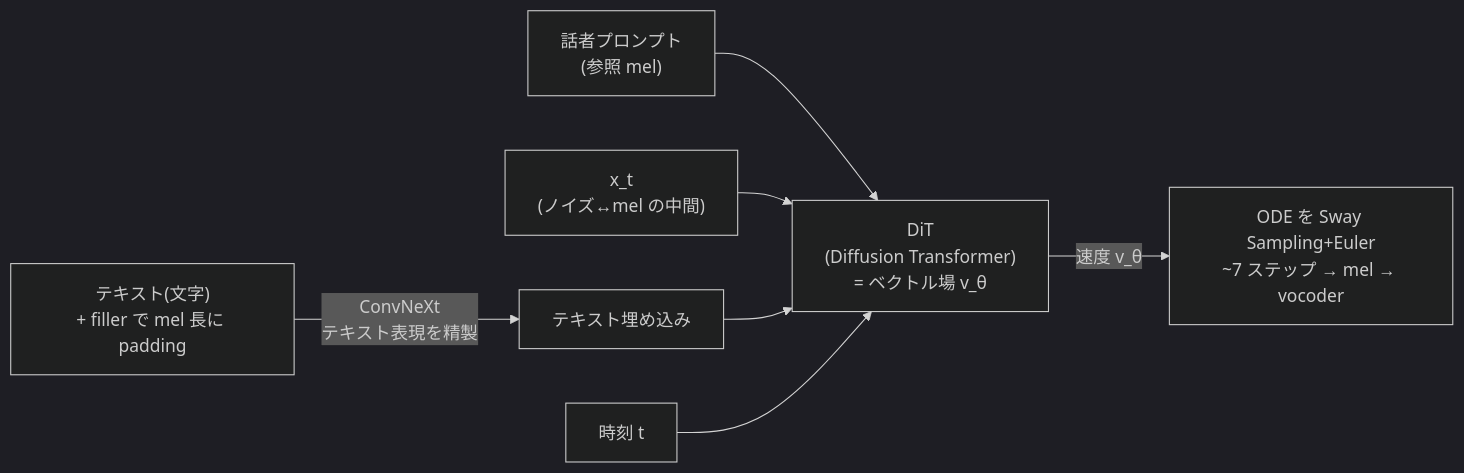
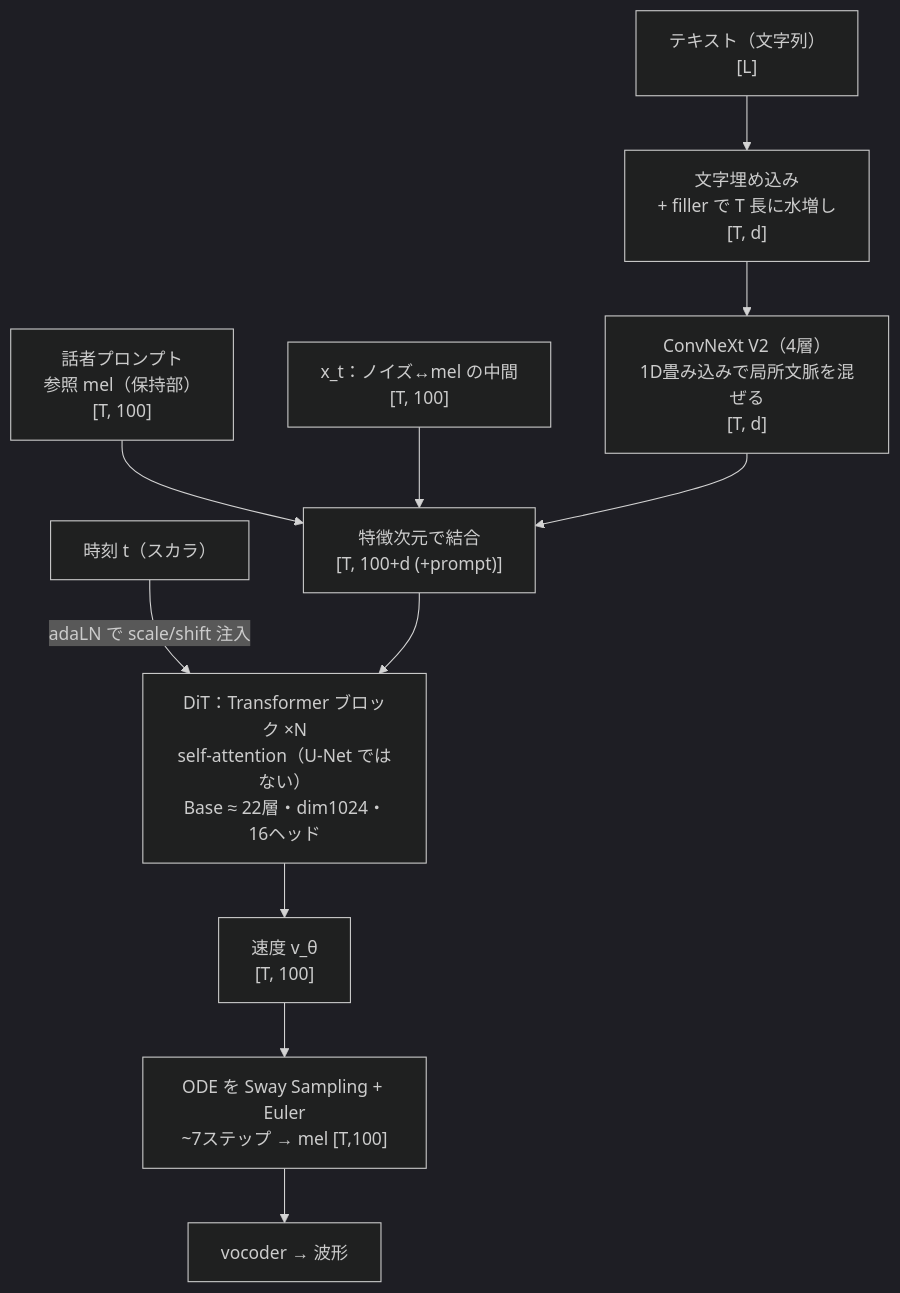
One commit to ksterx/textbook changed the second of 2 diagrams in src/pages/audio/07-flow-matching-tts.md. Above: the diagram before and after it, drawn with Mermaid (dark theme). The commit also changed other lines of this file and 1 other file, not shown here.

First line of the commit message:
feat(audio/07): F5-TTS の細部を厚くする（DiT/シェイプ/ConvNeXt/Sway）

````diff
--- a/src/pages/audio/07-flow-matching-tts.md
+++ b/src/pages/audio/07-flow-matching-tts.md
@@ -246,9 +246,13 @@
 ```mermaid
-flowchart LR
-  T["テキスト(文字)<br/>+ filler で mel 長に padding"] -->|"ConvNeXt<br/>テキスト表現を精製"| TE["テキスト埋め込み"]
-  P["話者プロンプト<br/>(参照 mel)"] --> DIT
-  X["x_t<br/>(ノイズ↔mel の中間)"] --> DIT
-  TE --> DIT["DiT<br/>(Diffusion Transformer)<br/>= ベクトル場 v_θ"]
-  TT["時刻 t"] --> DIT
-  DIT -->|"速度 v_θ"| OUT["ODE を Sway Sampling+Euler<br/>~7 ステップ → mel → vocoder"]
+flowchart TB
+  TX["テキスト（文字列）<br/>[L]"] --> EMB["文字埋め込み<br/>+ filler で T 長に水増し<br/>[T, d]"]
+  EMB --> CN["ConvNeXt V2（4層）<br/>1D畳み込みで局所文脈を混ぜる<br/>[T, d]"]
+  REF["話者プロンプト<br/>参照 mel（保持部）<br/>[T, 100]"] --> CAT
+  XT["x_t：ノイズ↔mel の中間<br/>[T, 100]"] --> CAT["特徴次元で結合<br/>[T, 100+d (+prompt)]"]
+  CN --> CAT
+  TT["時刻 t（スカラ）"] -->|"adaLN で scale/shift 注入"| DIT
+  CAT --> DIT["DiT：Transformer ブロック ×N<br/>self-attention（U-Net ではない）<br/>Base ≈ 22層・dim1024・16ヘッド"]
+  DIT --> V["速度 v_θ<br/>[T, 100]"]
+  V --> ODE["ODE を Sway Sampling + Euler<br/>~7ステップ → mel [T,100]"]
+  ODE --> VOC["vocoder → 波形"]
 ```
````
